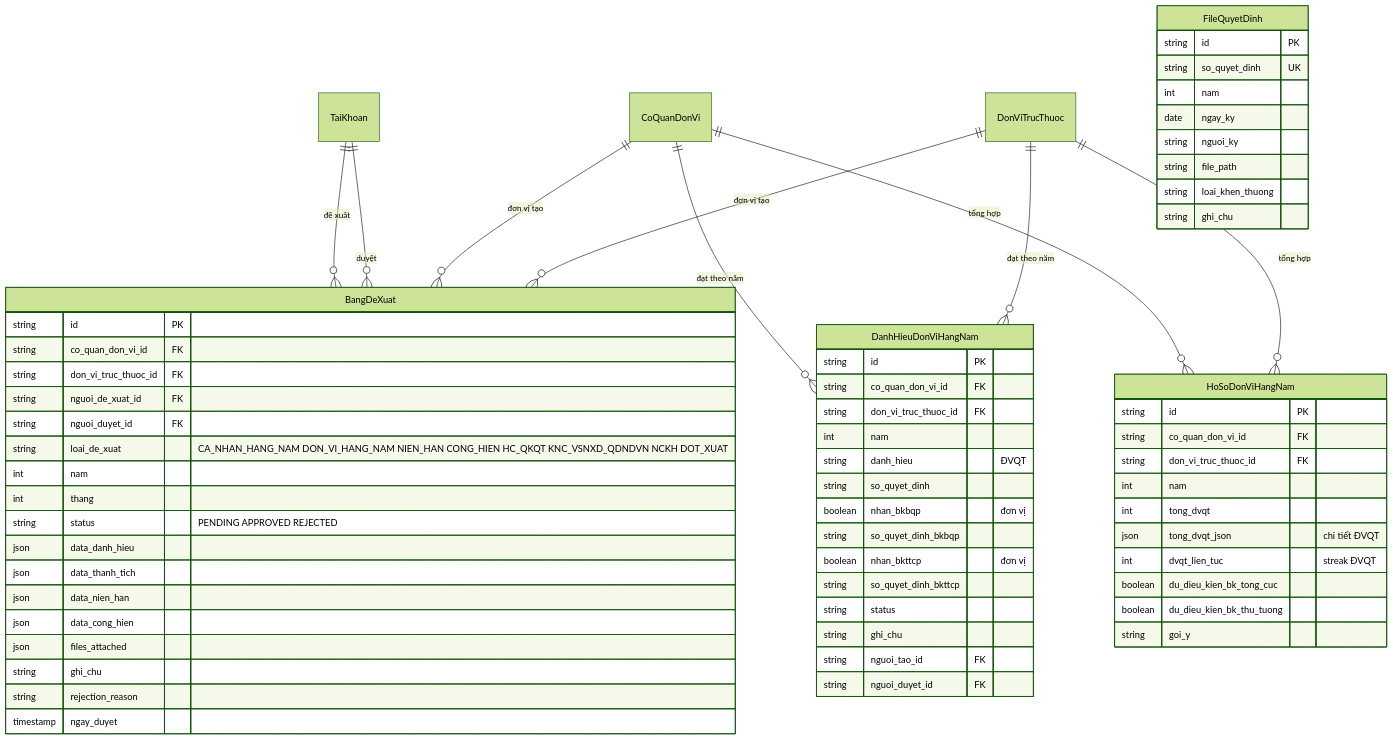
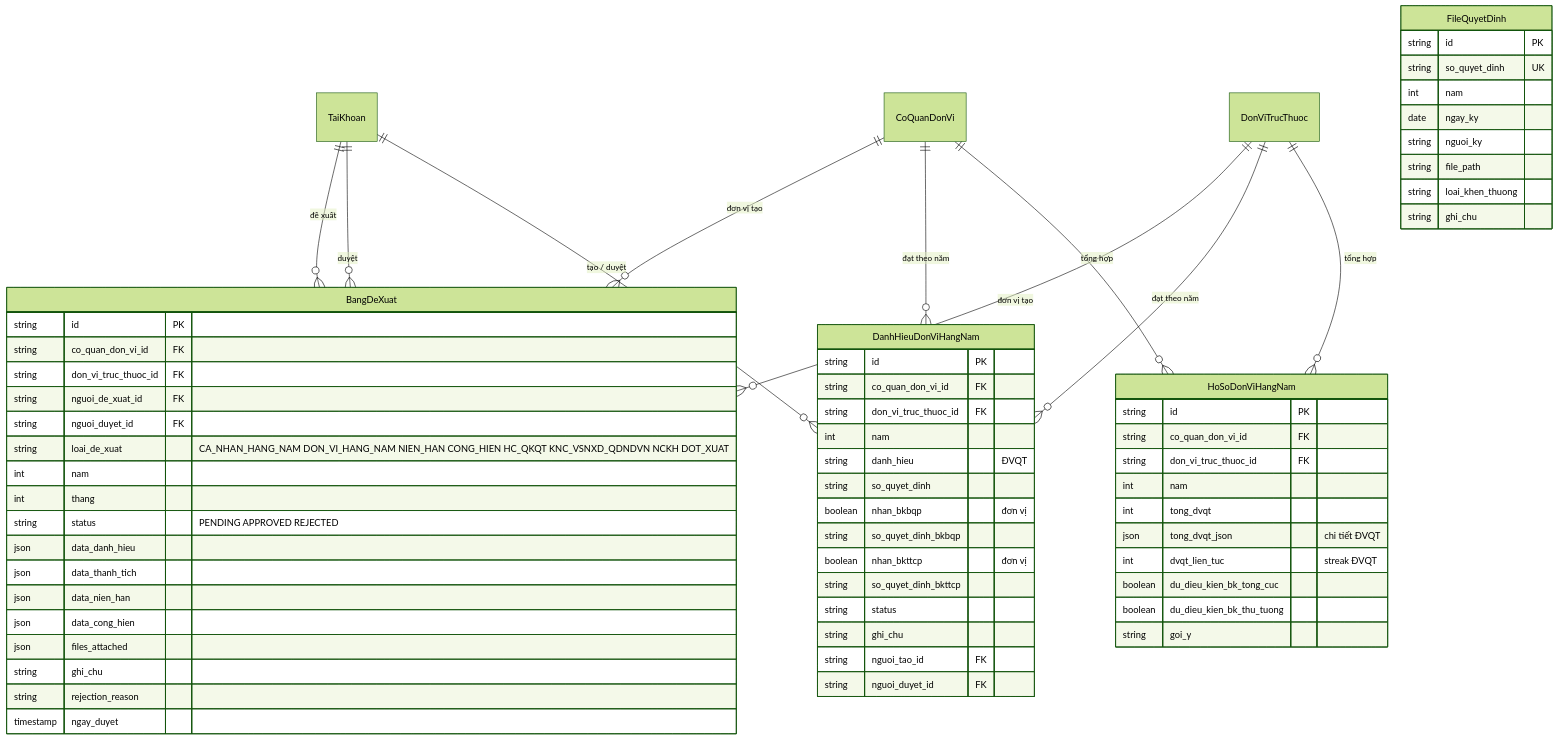
The fifth of 6 diagrams in docs/diagrams/06-erd.md (tranducbk/DATN_PM_QLKT), drawn with Mermaid (forest theme) before and after one commit. The commit also changed other lines of this file and 211 other files, not shown here.

````diff
--- a/docs/diagrams/06-erd.md
+++ b/docs/diagrams/06-erd.md
@@ -631,69 +633,70 @@
 ```mermaid
 erDiagram
     TaiKhoan ||--o{ BangDeXuat : "đề xuất"
     TaiKhoan ||--o{ BangDeXuat : "duyệt"
     CoQuanDonVi ||--o{ BangDeXuat : "đơn vị tạo"
     DonViTrucThuoc ||--o{ BangDeXuat : "đơn vị tạo"
     CoQuanDonVi ||--o{ DanhHieuDonViHangNam : "đạt theo năm"
     DonViTrucThuoc ||--o{ DanhHieuDonViHangNam : "đạt theo năm"
+    TaiKhoan ||--o{ DanhHieuDonViHangNam : "tạo / duyệt"
     CoQuanDonVi ||--o{ HoSoDonViHangNam : "tổng hợp"
     DonViTrucThuoc ||--o{ HoSoDonViHangNam : "tổng hợp"
 
     BangDeXuat {
         string id PK
         string co_quan_don_vi_id FK
         string don_vi_truc_thuoc_id FK
         string nguoi_de_xuat_id FK
         string nguoi_duyet_id FK
         string loai_de_xuat "CA_NHAN_HANG_NAM DON_VI_HANG_NAM NIEN_HAN CONG_HIEN HC_QKQT KNC_VSNXD_QDNDVN NCKH DOT_XUAT"
         int nam
         int thang
         string status "PENDING APPROVED REJECTED"
         json data_danh_hieu
         json data_thanh_tich
         json data_nien_han
         json data_cong_hien
         json files_attached
         string ghi_chu
         string rejection_reason
         timestamp ngay_duyet
     }
     DanhHieuDonViHangNam {
         string id PK
         string co_quan_don_vi_id FK
         string don_vi_truc_thuoc_id FK
         int nam
         string danh_hieu "ĐVQT"
         string so_quyet_dinh
         boolean nhan_bkbqp "đơn vị"
         string so_quyet_dinh_bkbqp
         boolean nhan_bkttcp "đơn vị"
         string so_quyet_dinh_bkttcp
         string status
         string ghi_chu
         string nguoi_tao_id FK
         string nguoi_duyet_id FK
     }
     HoSoDonViHangNam {
         string id PK
         string co_quan_don_vi_id FK
         string don_vi_truc_thuoc_id FK
         int nam
         int tong_dvqt
         json tong_dvqt_json "chi tiết ĐVQT"
         int dvqt_lien_tuc "streak ĐVQT"
         boolean du_dieu_kien_bk_tong_cuc
         boolean du_dieu_kien_bk_thu_tuong
         string goi_y
     }
     FileQuyetDinh {
         string id PK
         string so_quyet_dinh UK
         int nam
         date ngay_ky
         string nguoi_ky
         string file_path
         string loai_khen_thuong
         string ghi_chu
     }
 ```
````
